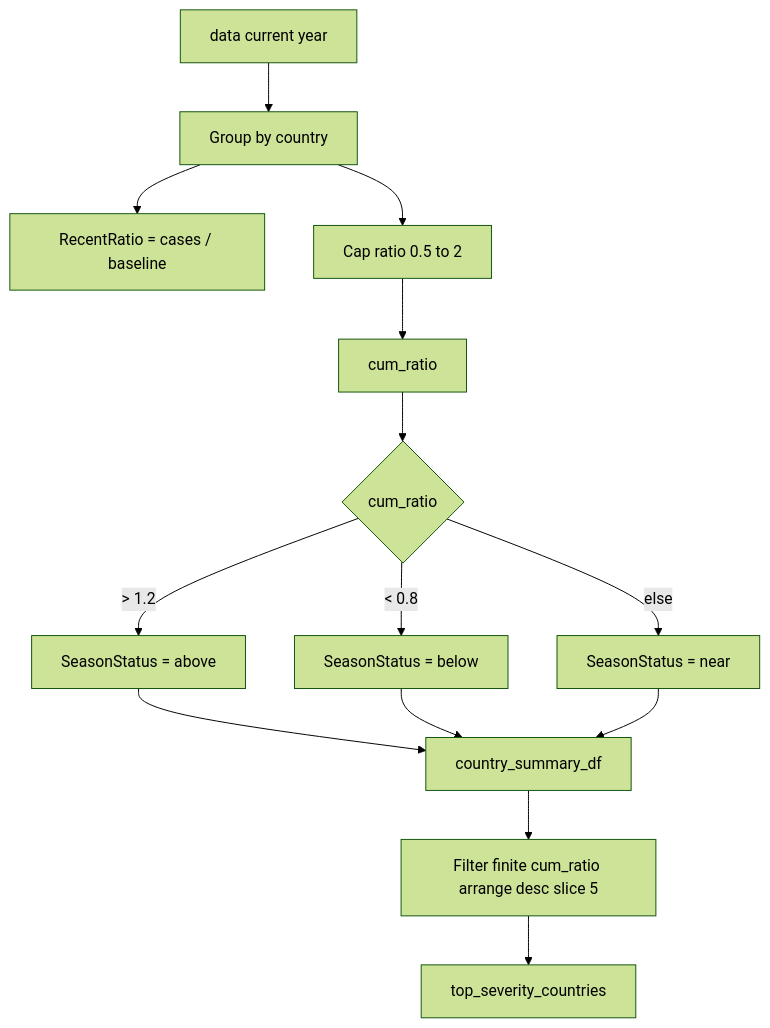
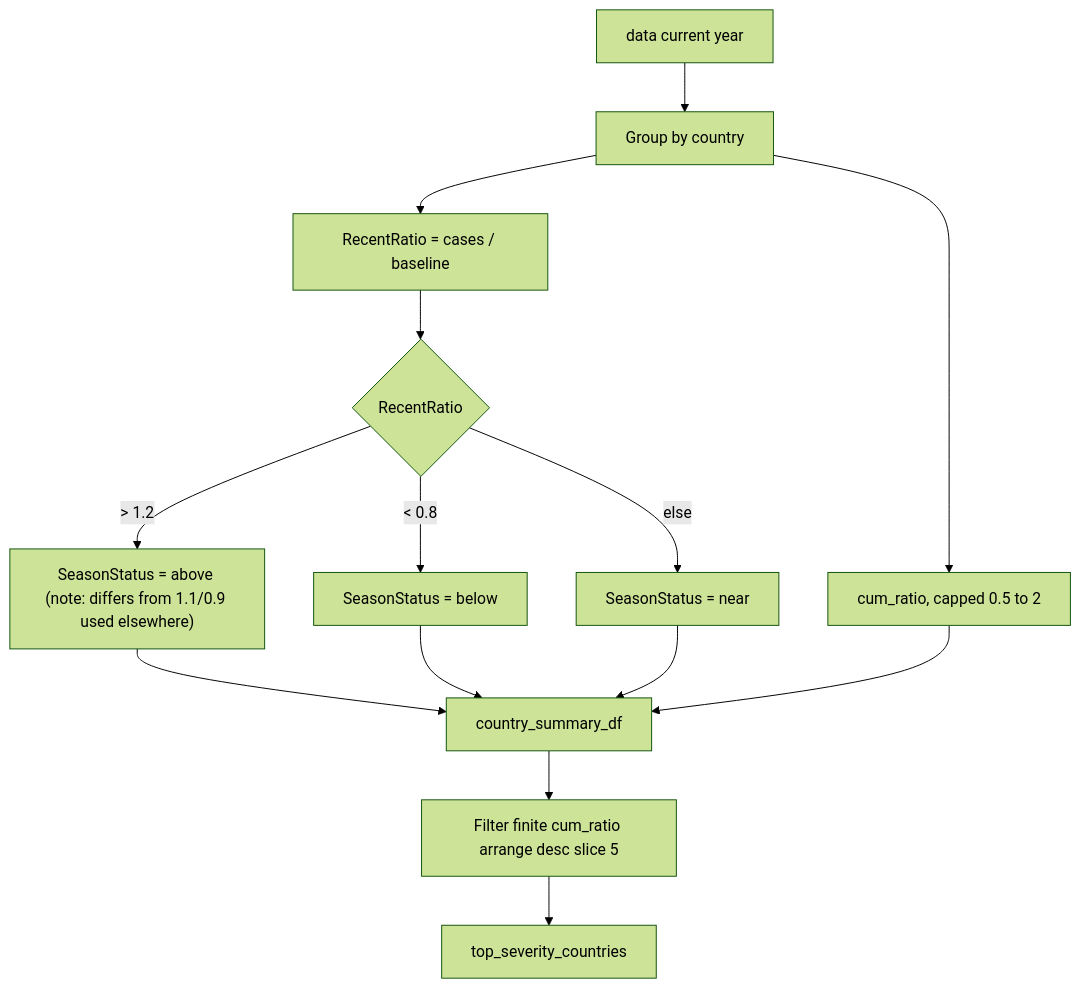
One commit to DengueGlobalObservatory/DENV_global_observatory changed diagram 14 of 19 in observatory_methods_report.md. Above: the diagram before and after it, drawn with Mermaid (forest theme). The commit also changed other lines of this file, not shown here.

````diff
--- a/observatory_methods_report.md
+++ b/observatory_methods_report.md
@@ -380,16 +382,16 @@
 ``` mermaid
 flowchart TB
   data[data current year] --> Group[Group by country]
   Group --> RecentRatio[RecentRatio = cases / baseline]
-  Group --> Cap[Cap ratio 0.5 to 2]
-  Cap --> CumRatio[cum_ratio]
-  CumRatio --> Status{cum_ratio}
-  Status -->|> 1.2| above[SeasonStatus = above]
+  Group --> CumRatio[cum_ratio, capped 0.5 to 2]
+  RecentRatio --> Status{RecentRatio}
+  Status -->|> 1.2| above["SeasonStatus = above (note: differs from 1.1/0.9 used elsewhere)"]
   Status -->|< 0.8| below[SeasonStatus = below]
   Status -->|else| near[SeasonStatus = near]
   above --> country_summary_df[country_summary_df]
   below --> country_summary_df
   near --> country_summary_df
+  CumRatio --> country_summary_df
   country_summary_df --> Top5[Filter finite cum_ratio arrange desc slice 5]
   Top5 --> top_severity_countries[top_severity_countries]
 ```
````
